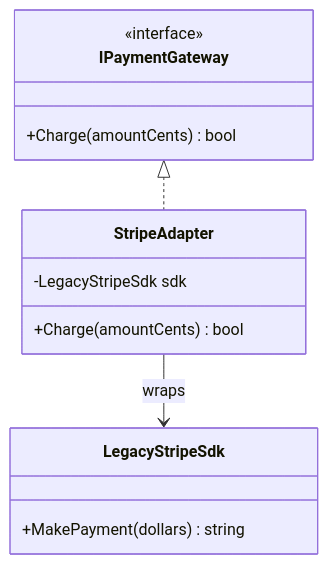
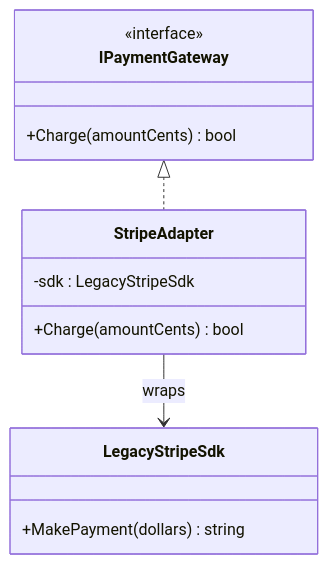
Before and after one commit to tushardongre1990/LLD-Claude: the diagram in 00-Foundations/04-Design-Patterns/Structural/Adapter/notes.md, drawn with Mermaid. The commit also changed 19 other files, not shown here.

First line of the commit message:
docs(00-Foundations): fix mermaid attribute ordering to name : type

````diff
--- a/00-Foundations/04-Design-Patterns/Structural/Adapter/notes.md
+++ b/00-Foundations/04-Design-Patterns/Structural/Adapter/notes.md
@@ -10,16 +10,16 @@
 ```mermaid
 classDiagram
     class IPaymentGateway {
         <<interface>>
         +Charge(amountCents) bool
     }
     class LegacyStripeSdk {
         +MakePayment(dollars) string
     }
     class StripeAdapter {
-        -LegacyStripeSdk sdk
+        -sdk : LegacyStripeSdk
         +Charge(amountCents) bool
     }
     IPaymentGateway <|.. StripeAdapter
     StripeAdapter --> LegacyStripeSdk : wraps
 ```
````
